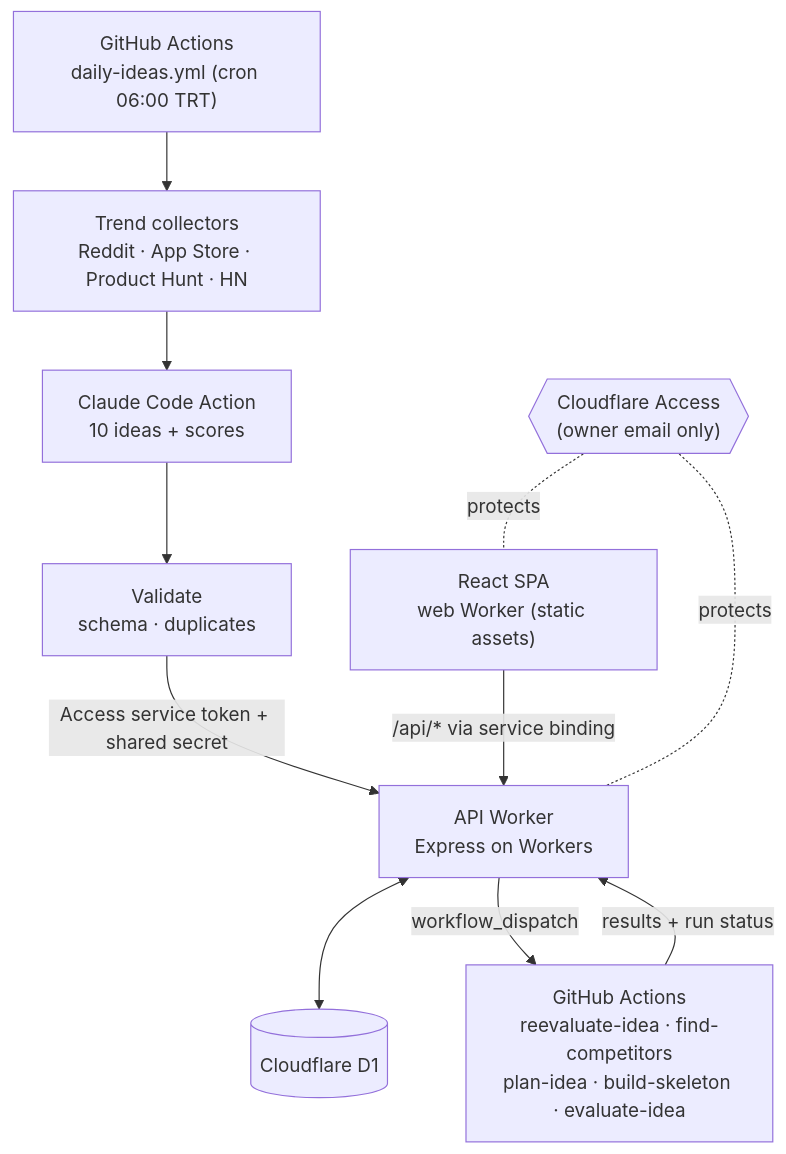
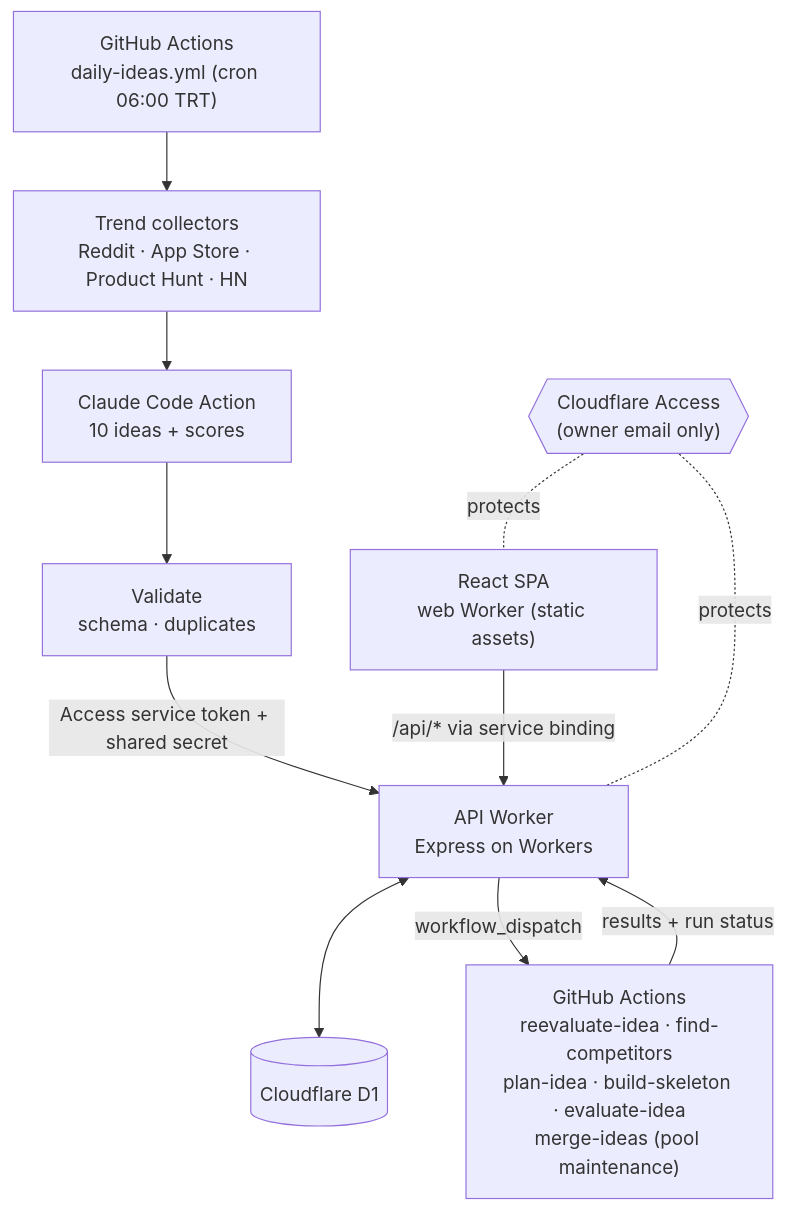
Before and after one commit to utkualbayrak/app-idea-factory: the diagram in README.md, drawn with Mermaid. The commit also changed other lines of this file and 6 other files, not shown here.

````diff
--- a/README.md
+++ b/README.md
@@ -51,15 +54,15 @@
 ```mermaid
 flowchart TD
     CRON["GitHub Actions<br/>daily-ideas.yml (cron 06:00 TRT)"] --> TR["Trend collectors<br/>Reddit · App Store · Product Hunt · HN"]
     TR --> CC["Claude Code Action<br/>10 ideas + scores"]
     CC --> VAL["Validate<br/>schema · duplicates"]
     VAL -->|"Access service token + shared secret"| API
 
     UI["React SPA<br/>web Worker (static assets)"] -->|"/api/* via service binding"| API["API Worker<br/>Express on Workers"]
     API <--> DB[("Cloudflare D1")]
-    API -->|"workflow_dispatch"| JOBS["GitHub Actions<br/>reevaluate-idea · find-competitors<br/>plan-idea · build-skeleton · evaluate-idea"]
+    API -->|"workflow_dispatch"| JOBS["GitHub Actions<br/>reevaluate-idea · find-competitors<br/>plan-idea · build-skeleton · evaluate-idea<br/>merge-ideas (pool maintenance)"]
     JOBS -->|"results + run status"| API
 
     ACCESS{{"Cloudflare Access<br/>(owner email only)"}} -.protects.- UI
     ACCESS -.protects.- API
 ```
````
